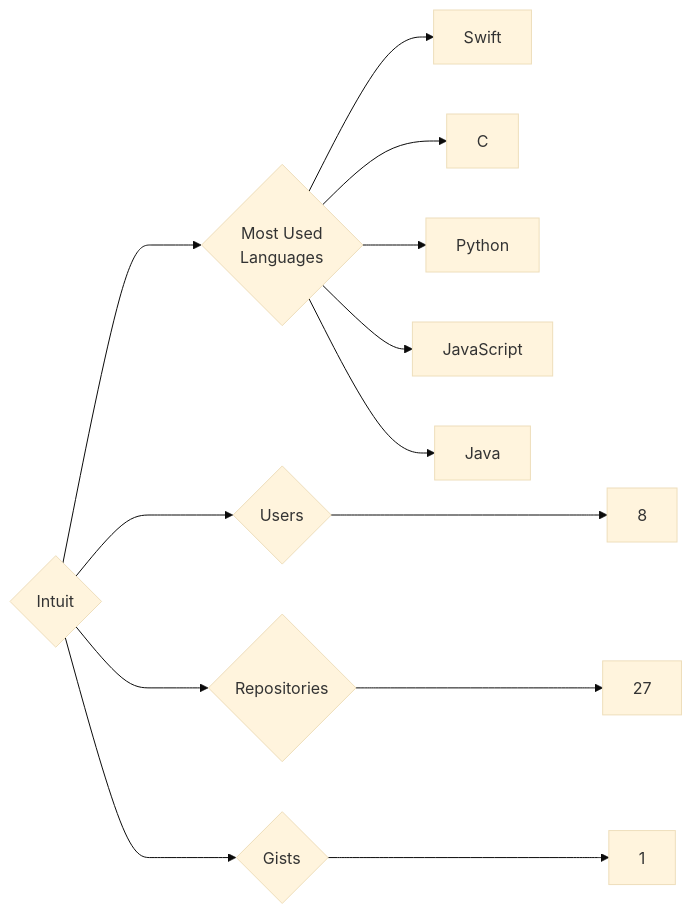
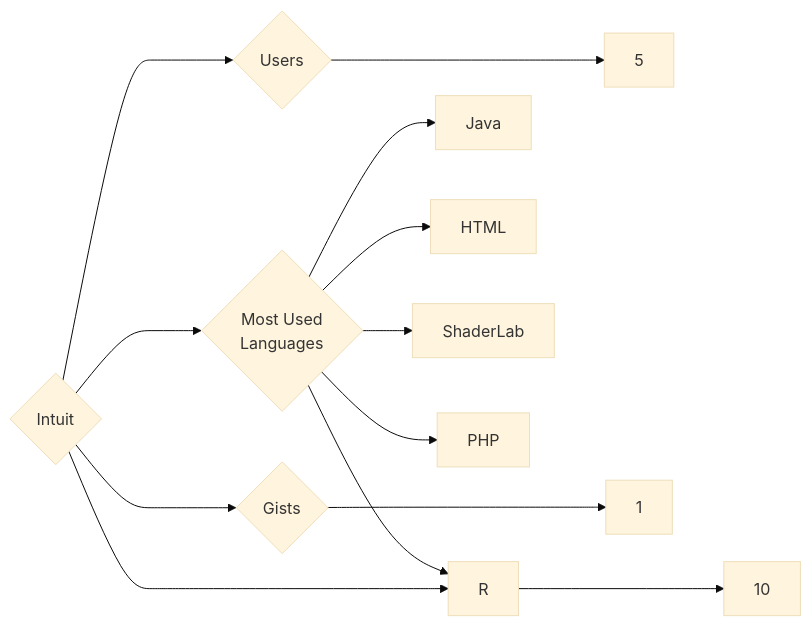
The diagram in targets/Intuit/README.md (trickest/insiders), drawn with Mermaid (base theme) before and after one commit. The commit also changed 1078 other files, not shown here.

````diff
--- a/targets/Intuit/README.md
+++ b/targets/Intuit/README.md
@@ -3,13 +3,13 @@
 ```mermaid
 graph LR
 COMPANY_NAME{Intuit}
-COMPANY_NAME ---> U{Users} ---> UN[8]
-COMPANY_NAME ---> R{Repositories} ---> RN[27]
+COMPANY_NAME ---> U{Users} ---> UN[5]
+COMPANY_NAME ---> R{Repositories} ---> RN[10]
 COMPANY_NAME ---> G{Gists} ---> GN[1]
 COMPANY_NAME ---> ML{Most Used<br>Languages}
-ML --> Swift[Swift]
-ML --> C[C]
-ML --> Python[Python]
-ML --> JavaScript[JavaScript]
 ML --> Java[Java]
+ML --> HTML[HTML]
+ML --> ShaderLab[ShaderLab]
+ML --> R[R]
+ML --> PHP[PHP]
 ```
````
